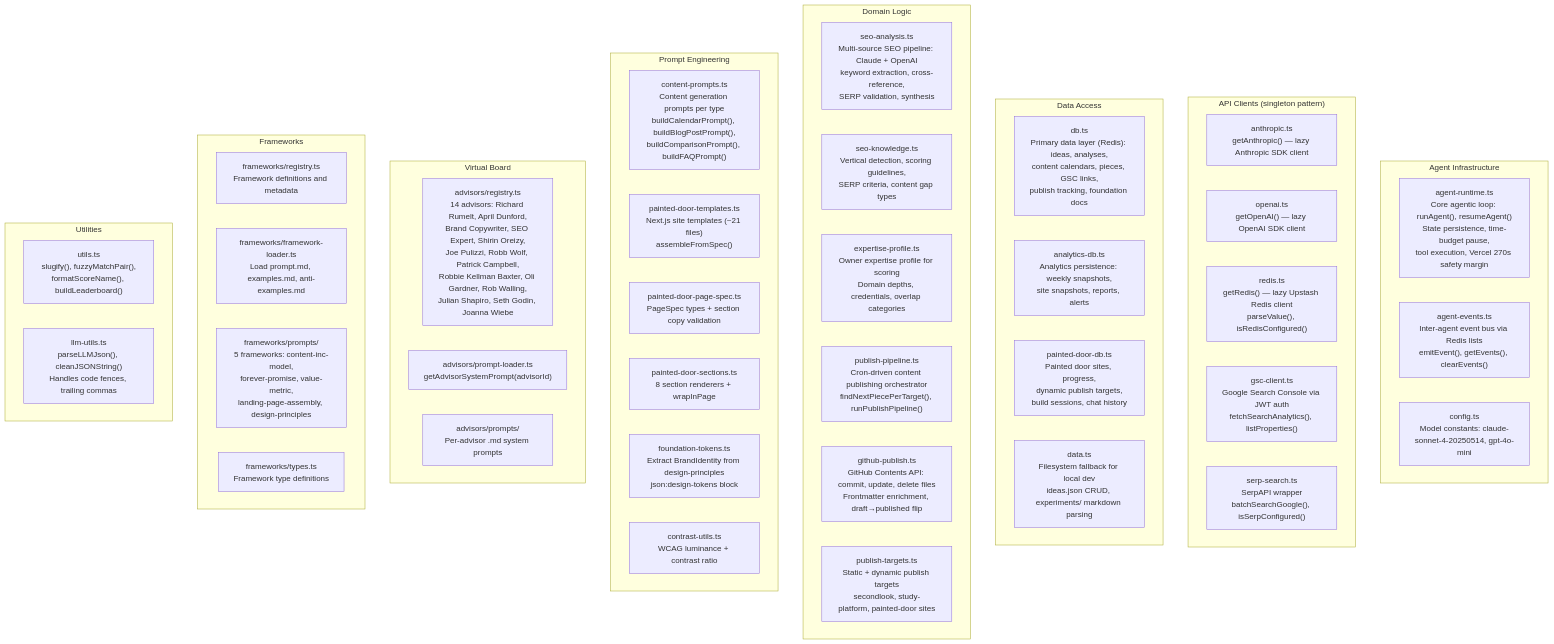
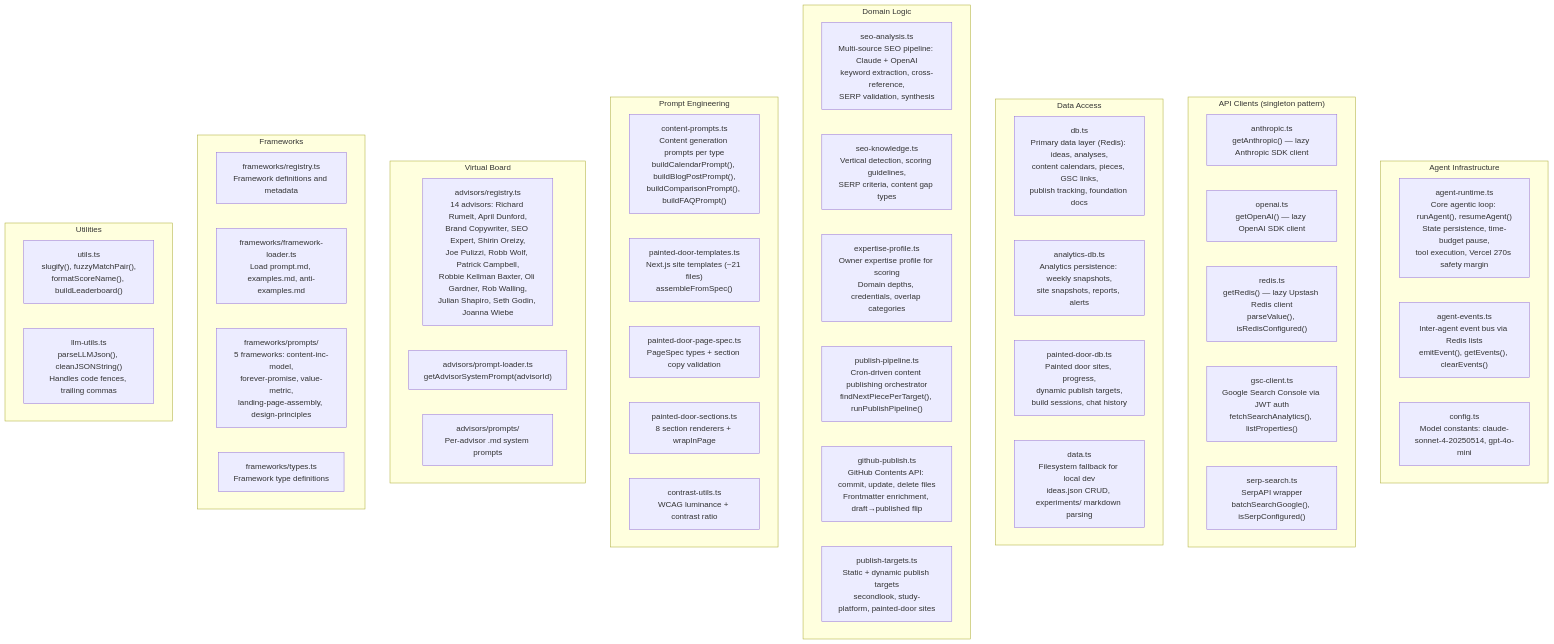
Before and after one commit to cwhogg/epch-projects: the third of 11 diagrams in docs/architecture.md, drawn with Mermaid. The commit also changed other lines of this file, not shown here.

Commit message:
docs: update architecture for lock_brand replacing token extraction

````diff
--- a/docs/architecture.md
+++ b/docs/architecture.md
@@ -219,65 +219,64 @@
 ```mermaid
 graph TB
     subgraph Runtime["Agent Infrastructure"]
         agent_runtime["agent-runtime.ts<br/>Core agentic loop: runAgent(), resumeAgent()<br/>State persistence, time-budget pause,<br/>tool execution, Vercel 270s safety margin"]
         agent_events["agent-events.ts<br/>Inter-agent event bus via Redis lists<br/>emitEvent(), getEvents(), clearEvents()"]
         config["config.ts<br/>Model constants: claude-sonnet-4-20250514, gpt-4o-mini"]
     end
 
     subgraph Clients["API Clients (singleton pattern)"]
         anthropic["anthropic.ts<br/>getAnthropic() — lazy Anthropic SDK client"]
         openai["openai.ts<br/>getOpenAI() — lazy OpenAI SDK client"]
         redis_mod["redis.ts<br/>getRedis() — lazy Upstash Redis client<br/>parseValue(), isRedisConfigured()"]
         gsc_client["gsc-client.ts<br/>Google Search Console via JWT auth<br/>fetchSearchAnalytics(), listProperties()"]
         serp_search["serp-search.ts<br/>SerpAPI wrapper<br/>batchSearchGoogle(), isSerpConfigured()"]
     end
 
     subgraph Persistence["Data Access"]
         db["db.ts<br/>Primary data layer (Redis): ideas, analyses,<br/>content calendars, pieces, GSC links,<br/>publish tracking, foundation docs"]
         analytics_db["analytics-db.ts<br/>Analytics persistence: weekly snapshots,<br/>site snapshots, reports, alerts"]
         painted_door_db["painted-door-db.ts<br/>Painted door sites, progress,<br/>dynamic publish targets,<br/>build sessions, chat history"]
         data["data.ts<br/>Filesystem fallback for local dev<br/>ideas.json CRUD, experiments/ markdown parsing"]
     end
 
     subgraph DomainLogic["Domain Logic"]
         seo_analysis["seo-analysis.ts<br/>Multi-source SEO pipeline: Claude + OpenAI<br/>keyword extraction, cross-reference,<br/>SERP validation, synthesis"]
         seo_knowledge["seo-knowledge.ts<br/>Vertical detection, scoring guidelines,<br/>SERP criteria, content gap types"]
         expertise_profile["expertise-profile.ts<br/>Owner expertise profile for scoring<br/>Domain depths, credentials, overlap categories"]
         publish_pipeline["publish-pipeline.ts<br/>Cron-driven content publishing orchestrator<br/>findNextPiecePerTarget(), runPublishPipeline()"]
         github_publish["github-publish.ts<br/>GitHub Contents API: commit, update, delete files<br/>Frontmatter enrichment, draft→published flip"]
         publish_targets["publish-targets.ts<br/>Static + dynamic publish targets<br/>secondlook, study-platform, painted-door sites"]
     end
 
     subgraph Prompts["Prompt Engineering"]
         content_prompts["content-prompts.ts<br/>Content generation prompts per type<br/>buildCalendarPrompt(), buildBlogPostPrompt(),<br/>buildComparisonPrompt(), buildFAQPrompt()"]
         painted_door_templates["painted-door-templates.ts<br/>Next.js site templates (~21 files)<br/>assembleFromSpec()"]
         painted_door_page_spec["painted-door-page-spec.ts<br/>PageSpec types + section copy validation"]
         painted_door_sections["painted-door-sections.ts<br/>8 section renderers + wrapInPage"]
-        foundation_tokens["foundation-tokens.ts<br/>Extract BrandIdentity from design-principles<br/>json:design-tokens block"]
         contrast_utils["contrast-utils.ts<br/>WCAG luminance + contrast ratio"]
     end
 
     subgraph Frameworks["Frameworks"]
         frameworks_registry["frameworks/registry.ts<br/>Framework metadata registry"]
         frameworks_loader["frameworks/framework-loader.ts<br/>getFrameworkPrompt(frameworkId)<br/>Reads prompt.md from disk"]
         frameworks_prompts["frameworks/prompts/<br/>Per-framework prompt + examples"]
     end
 
     subgraph Advisors["Virtual Board"]
         advisors_registry["advisors/registry.ts<br/>14 advisors: Richard Rumelt, April Dunford,<br/>Brand Copywriter, SEO Expert, Shirin Oreizy,<br/>Joe Pulizzi, Robb Wolf, Patrick Campbell,<br/>Robbie Kellman Baxter, Oli Gardner, Rob Walling,<br/>Julian Shapiro, Seth Godin, Joanna Wiebe"]
         advisors_loader["advisors/prompt-loader.ts<br/>getAdvisorSystemPrompt(advisorId)"]
         advisors_prompts["advisors/prompts/<br/>Per-advisor .md system prompts"]
     end
 
     subgraph Frameworks["Framework Library"]
         frameworks_registry["frameworks/registry.ts<br/>Framework definitions and metadata"]
         frameworks_loader["frameworks/framework-loader.ts<br/>Load prompt.md, examples.md, anti-examples.md"]
         frameworks_types["frameworks/types.ts<br/>Framework type definitions"]
         frameworks_prompts["frameworks/prompts/<br/>5 frameworks: content-inc-model,<br/>forever-promise, value-metric,<br/>landing-page-assembly, design-principles"]
     end
 
     subgraph Utilities["Utilities"]
         utils["utils.ts<br/>slugify(), fuzzyMatchPair(),<br/>formatScoreName(), buildLeaderboard()"]
         llm_utils["llm-utils.ts<br/>parseLLMJson(), cleanJSONString()<br/>Handles code fences, trailing commas"]
     end
 ```
````
